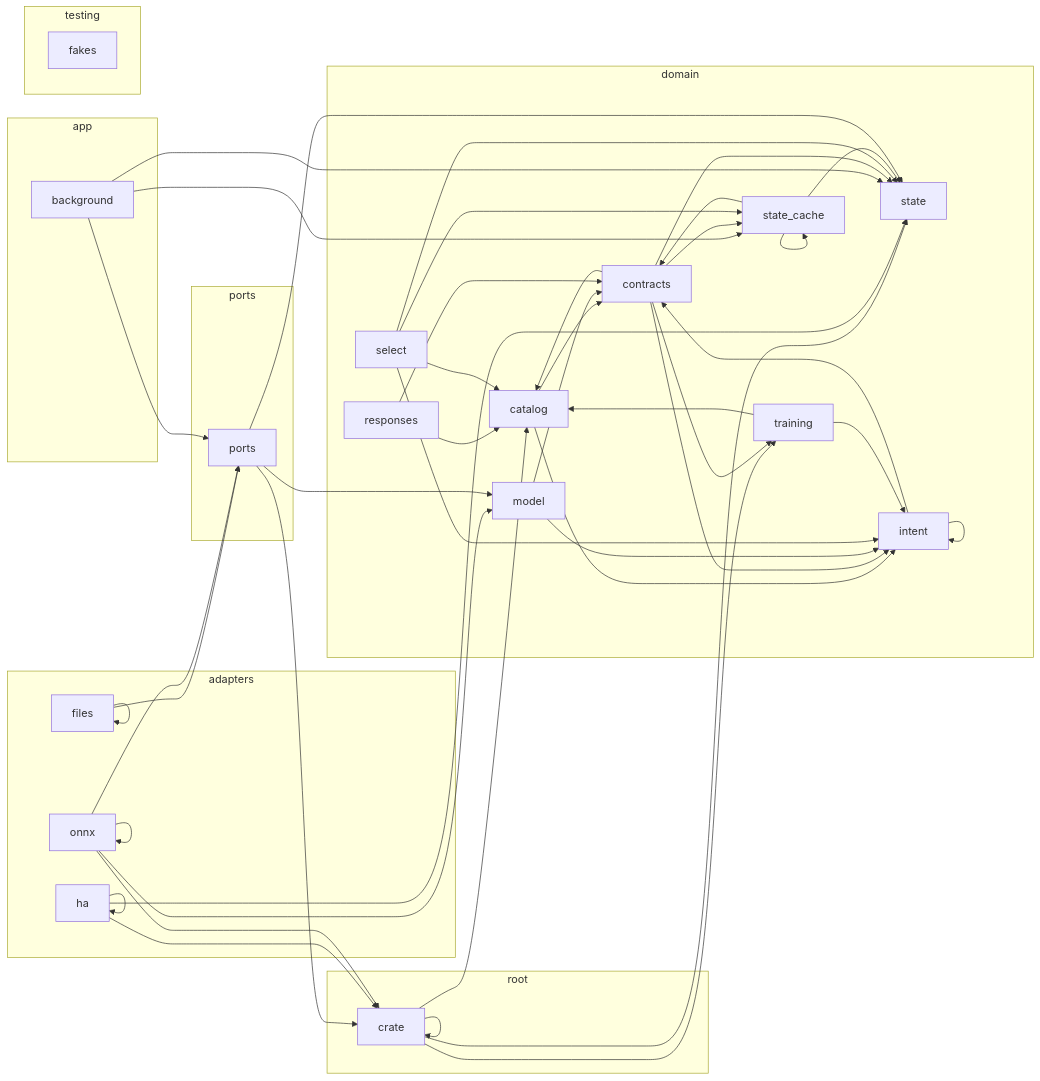
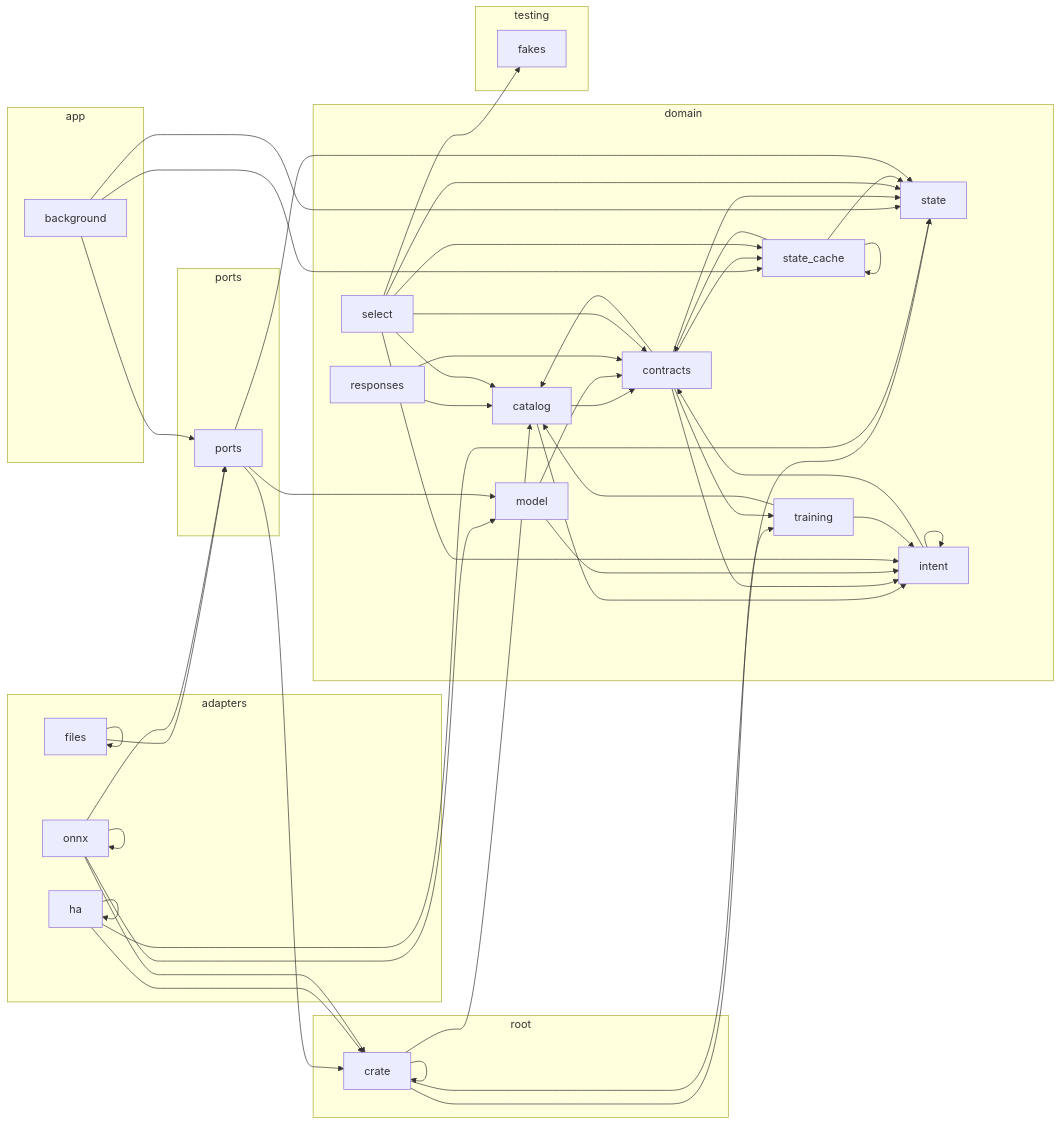
One commit to louislang/ha-jarvis changed the diagram in docs/architecture.md. Above: the diagram before and after it, drawn with Mermaid. The commit also changed 1 other file, not shown here.

Commit message:
4.4c Single Entity and House Fallback
`select` now reads `target`: for `target = "entity"` it returns the `entity` template of the intent unrendered, else the match in the area with the lowest entity ID. When the area has no match and the house has exactly one, both targets return that entity. Thus "turn the air down" finds the one thermostat of the house from any area, and a fan command acts on one fan.

````diff
--- a/docs/architecture.md
+++ b/docs/architecture.md
@@ -5,72 +5,74 @@
 ```mermaid
 flowchart LR
     subgraph adapters
         crate_adapters_files[files]
         crate_adapters_ha[ha]
         crate_adapters_onnx[onnx]
     end
     subgraph app
         crate_app_background[background]
     end
     subgraph domain
         crate_domain_catalog[catalog]
         crate_domain_contracts[contracts]
         crate_domain_intent[intent]
         crate_domain_model[model]
         crate_domain_responses[responses]
         crate_domain_select[select]
         crate_domain_state[state]
         crate_domain_state_cache[state_cache]
         crate_domain_training[training]
     end
     subgraph ports
         crate_ports[ports]
     end
     subgraph root
         crate[crate]
     end
     subgraph testing
         crate_testing_fakes[fakes]
     end
     crate --> crate
     crate --> crate_domain_catalog
     crate --> crate_domain_state
     crate --> crate_domain_training
     crate_adapters_files --> crate_adapters_files
     crate_adapters_files --> crate_ports
     crate_adapters_ha --> crate
     crate_adapters_ha --> crate_adapters_ha
     crate_adapters_ha --> crate_domain_state
     crate_adapters_onnx --> crate
     crate_adapters_onnx --> crate_adapters_onnx
     crate_adapters_onnx --> crate_domain_model
     crate_adapters_onnx --> crate_ports
     crate_app_background --> crate_domain_state
     crate_app_background --> crate_domain_state_cache
     crate_app_background --> crate_ports
     crate_domain_catalog --> crate_domain_contracts
     crate_domain_catalog --> crate_domain_intent
     crate_domain_contracts --> crate_domain_catalog
     crate_domain_contracts --> crate_domain_intent
     crate_domain_contracts --> crate_domain_state
     crate_domain_contracts --> crate_domain_state_cache
     crate_domain_contracts --> crate_domain_training
     crate_domain_intent --> crate_domain_contracts
     crate_domain_intent --> crate_domain_intent
     crate_domain_model --> crate_domain_contracts
     crate_domain_model --> crate_domain_intent
     crate_domain_responses --> crate_domain_catalog
     crate_domain_responses --> crate_domain_contracts
     crate_domain_select --> crate_domain_catalog
+    crate_domain_select --> crate_domain_contracts
     crate_domain_select --> crate_domain_intent
     crate_domain_select --> crate_domain_state
     crate_domain_select --> crate_domain_state_cache
+    crate_domain_select --> crate_testing_fakes
     crate_domain_state_cache --> crate_domain_contracts
     crate_domain_state_cache --> crate_domain_state
     crate_domain_state_cache --> crate_domain_state_cache
     crate_domain_training --> crate_domain_catalog
     crate_domain_training --> crate_domain_intent
     crate_ports --> crate
     crate_ports --> crate_domain_model
     crate_ports --> crate_domain_state
 ```
````
